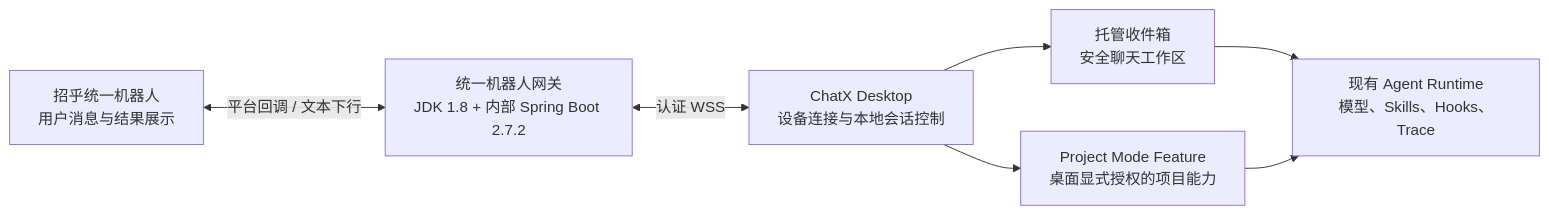
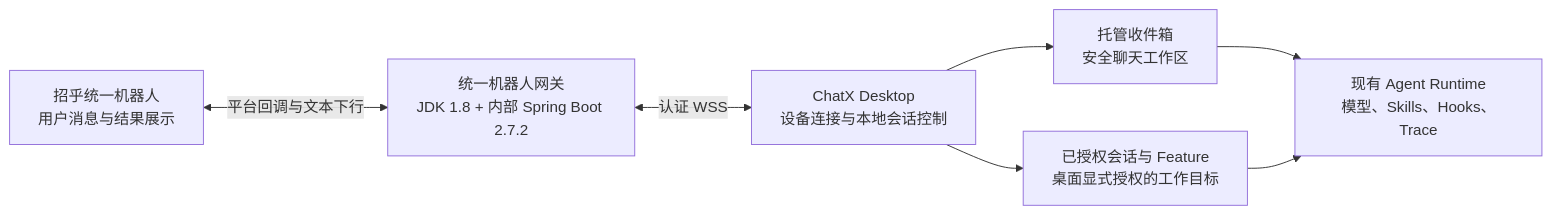
One commit to seanchen1993/CmbCoworkAgent changed the fourth of 4 diagrams in docs/chatx-unified-bot-technical-brief.md. Above: the diagram before and after it, drawn with Mermaid. The commit also changed other lines of this file and 72 other files, not shown here.

Commit message:
feat(im): finalize unified robot single-desktop flow

````diff
--- a/docs/chatx-unified-bot-technical-brief.md
+++ b/docs/chatx-unified-bot-technical-brief.md
@@ -22,16 +131,16 @@
 ```mermaid
 flowchart LR
   IM["招乎统一机器人<br/>用户消息与结果展示"]
   GW["统一机器人网关<br/>JDK 1.8 + 内部 Spring Boot 2.7.2"]
   DESKTOP["ChatX Desktop<br/>设备连接与本地会话控制"]
   INBOX["托管收件箱<br/>安全聊天工作区"]
-  FEATURE["Project Mode Feature<br/>桌面显式授权的项目能力"]
+  TARGET["已授权会话与 Feature<br/>桌面显式授权的工作目标"]
   AGENT["现有 Agent Runtime<br/>模型、Skills、Hooks、Trace"]
 
-  IM <-->|"平台回调 / 文本下行"| GW
+  IM <-->|"平台回调与文本下行"| GW
   GW <-->|"认证 WSS"| DESKTOP
   DESKTOP --> INBOX
-  DESKTOP --> FEATURE
+  DESKTOP --> TARGET
   INBOX --> AGENT
-  FEATURE --> AGENT
+  TARGET --> AGENT
 ```
````
